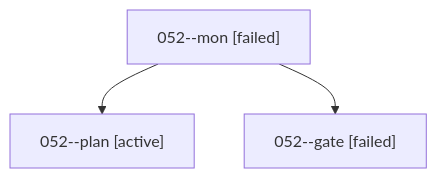
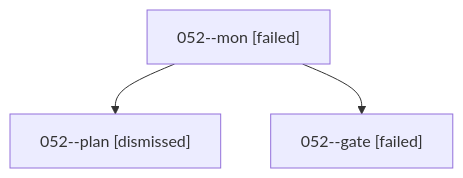
The diagram in sessions/bbugyi200.athena.052.md (sase-org/sase--agents), drawn with Mermaid before and after one commit. The commit also changed other lines of this file and 31 other files, not shown here.

````diff
--- a/sessions/bbugyi200.athena.052.md
+++ b/sessions/bbugyi200.athena.052.md
@@ -9,8 +9,8 @@
 ```mermaid
 flowchart TD
   n0["052--mon [failed]"]
-  n1["052--plan [active]"]
+  n1["052--plan [dismissed]"]
   n0 --> n1
   n2["052--gate [failed]"]
   n0 --> n2
 ```
````
